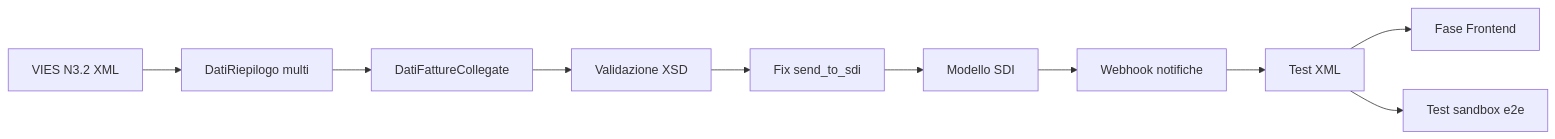
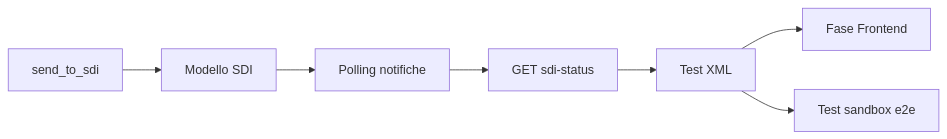
Before and after one commit to slafragola93/ECommerceManagerAPI: the diagram in .cursor/tasks_claude/fatturaPa/fatturapa_backlog_implementazione.md, drawn with Mermaid. The commit also changed other lines of this file and 47 other files, not shown here.

````diff
--- a/.cursor/tasks_claude/fatturaPa/fatturapa_backlog_implementazione.md
+++ b/.cursor/tasks_claude/fatturaPa/fatturapa_backlog_implementazione.md
@@ -442,12 +444,9 @@
 ```mermaid
 flowchart LR
-  P0_05[VIES N3.2 XML] --> P1_05[DatiRiepilogo multi]
-  P1_05 --> P0_06[DatiFattureCollegate]
-  P0_06 --> P0_02[Validazione XSD]
-  P0_02 --> P0_01[Fix send_to_sdi]
-  P0_01 --> P0_04[Modello SDI]
-  P0_04 --> P0_03[Webhook notifiche]
-  P0_03 --> P0_07[Test XML]
+  P0_01[send_to_sdi] --> P0_04[Modello SDI]
+  P0_04 --> P0_03[Polling notifiche]
+  P0_03 --> P1_01[GET sdi-status]
+  P1_01 --> P0_07[Test XML]
   P0_07 --> FE[Fase Frontend]
   P0_07 --> E2E[Test sandbox e2e]
 ```
````
